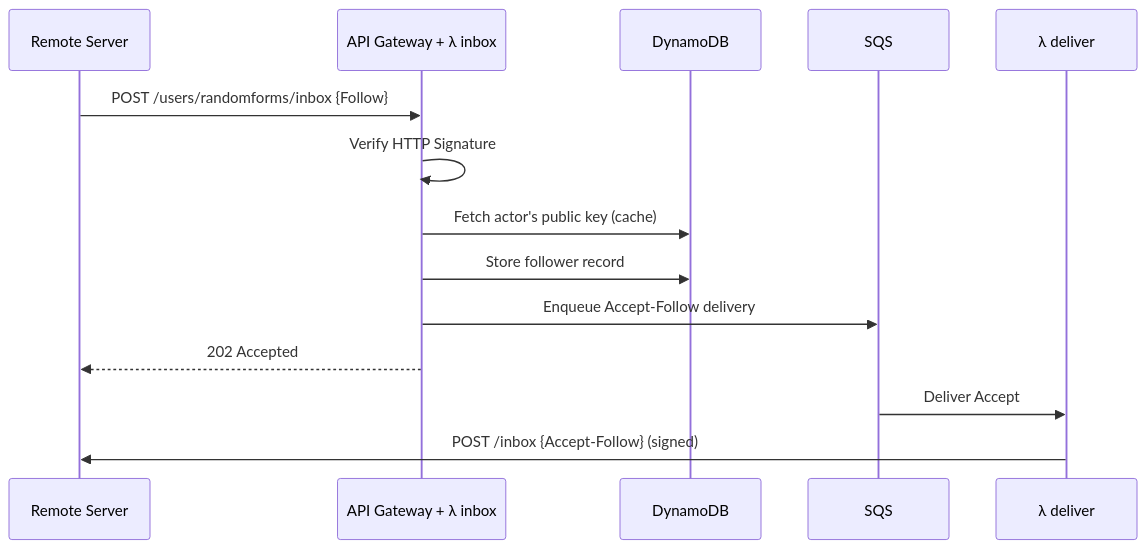
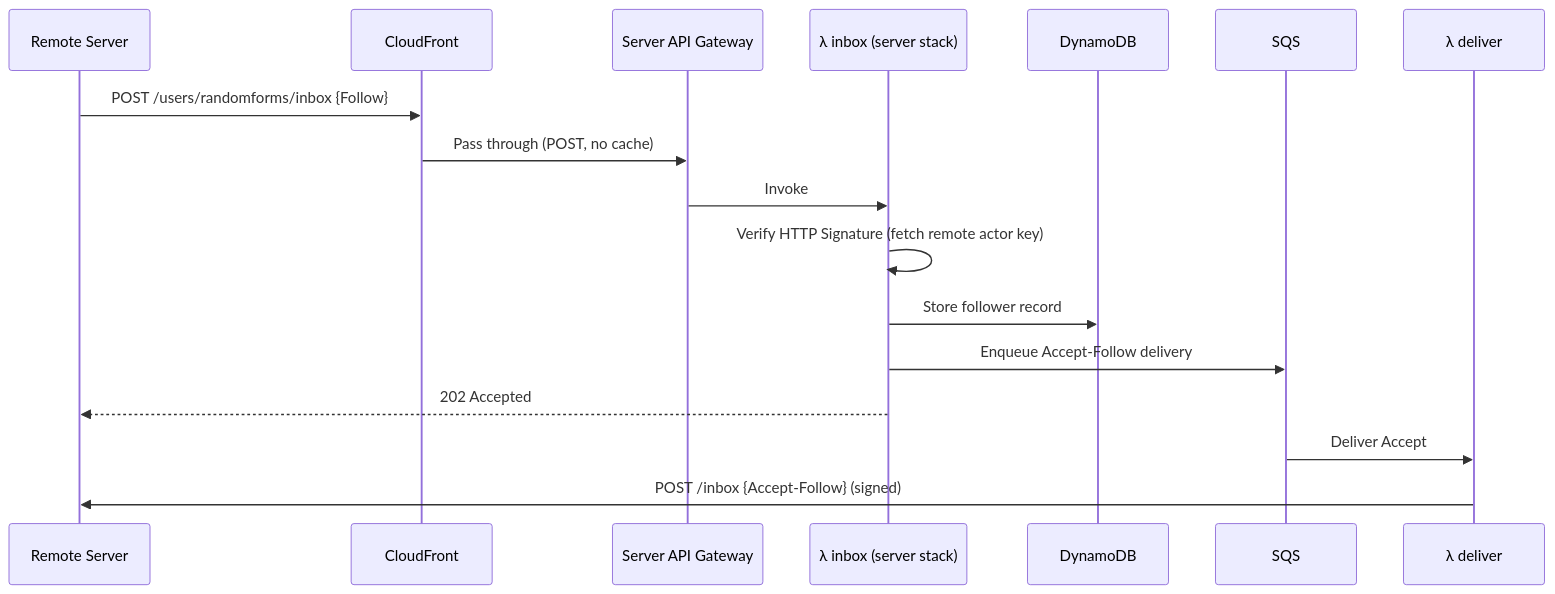
One commit to happitec-inc/FederatedActivityPublisher changed the fourth of 4 diagrams in docs/PROJECT-PLAN.md. Above: the diagram before and after it, drawn with Mermaid. The commit also changed other lines of this file, not shown here.

First line of the commit message:
Three-stack architecture: bootstrap, server, client

````diff
--- a/docs/PROJECT-PLAN.md
+++ b/docs/PROJECT-PLAN.md
@@ -115,18 +220,21 @@
 ```mermaid
 sequenceDiagram
     participant R as Remote Server
-    participant API as API Gateway + λ inbox
+    participant CF as CloudFront
+    participant APIGW as Server API Gateway
+    participant I as λ inbox (server stack)
     participant DB as DynamoDB
     participant Q as SQS
     participant D as λ deliver
 
-    R->>API: POST /users/randomforms/inbox {Follow}
-    API->>API: Verify HTTP Signature
-    API->>DB: Fetch actor's public key (cache)
-    API->>DB: Store follower record
-    API->>Q: Enqueue Accept-Follow delivery
-    API-->>R: 202 Accepted
+    R->>CF: POST /users/randomforms/inbox {Follow}
+    CF->>APIGW: Pass through (POST, no cache)
+    APIGW->>I: Invoke
+    I->>I: Verify HTTP Signature (fetch remote actor key)
+    I->>DB: Store follower record
+    I->>Q: Enqueue Accept-Follow delivery
+    I-->>R: 202 Accepted
 
     Q->>D: Deliver Accept
     D->>R: POST /inbox {Accept-Follow} (signed)
 ```
````
